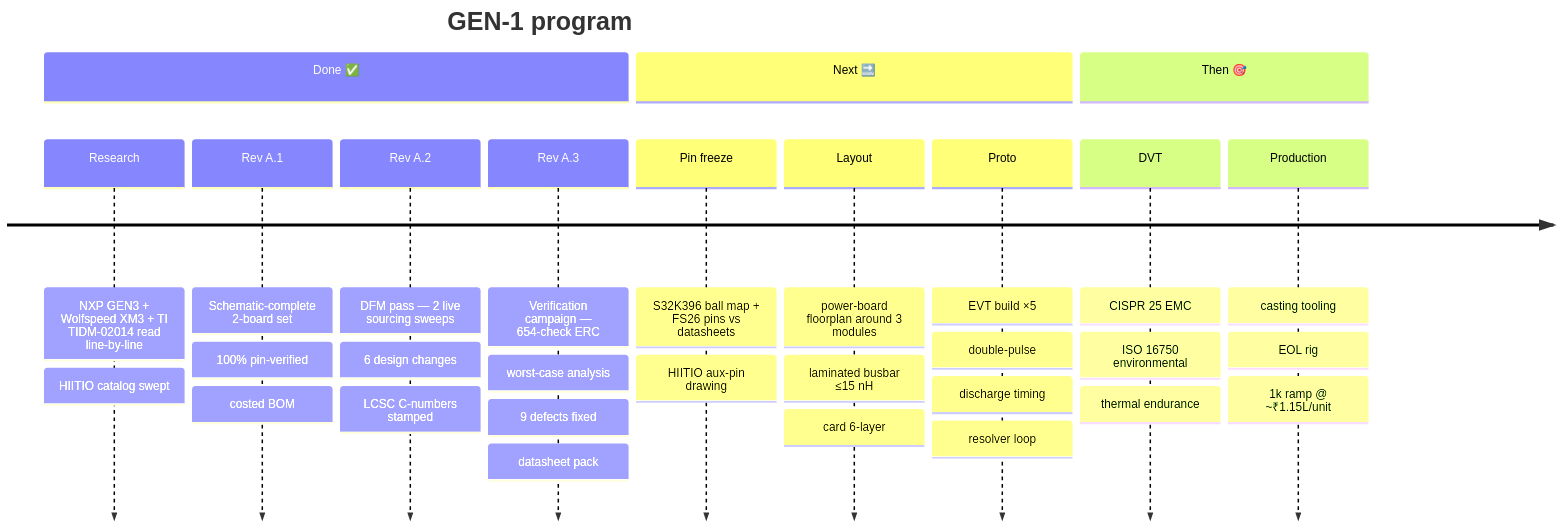
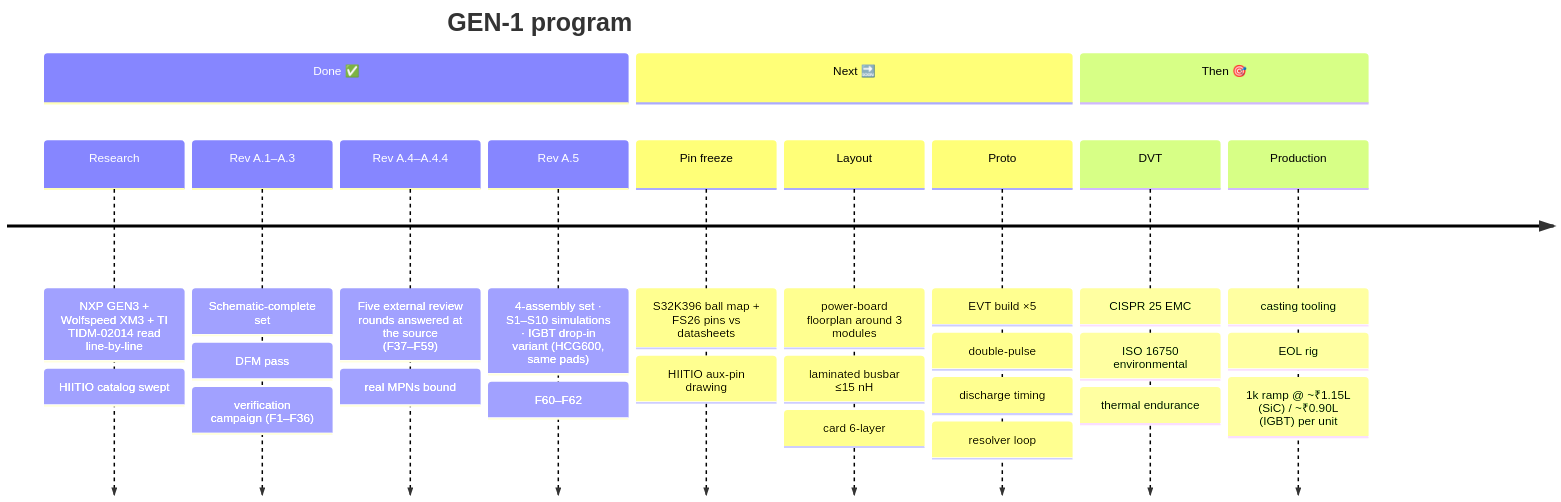
One commit to vectivolt/Traction-Inverter-GEN-1 changed the ninth of 9 diagrams in README.md. Above: the diagram before and after it, drawn with Mermaid. The commit also changed other lines of this file and 8 other files, not shown here.

````diff
--- a/README.md
+++ b/README.md
@@ -587,16 +595,16 @@
 ```mermaid
 timeline
     title GEN-1 program
     section Done ✅
         Research : NXP GEN3 + Wolfspeed XM3 + TI TIDM-02014 read line-by-line : HIITIO catalog swept
-        Rev A.1  : Schematic-complete 2-board set : 100% pin-verified : costed BOM
-        Rev A.2  : DFM pass — 2 live sourcing sweeps : 6 design changes : LCSC C-numbers stamped
-        Rev A.3  : Verification campaign — 654-check ERC : worst-case analysis : 9 defects fixed : datasheet pack
+        Rev A.1–A.3 : Schematic-complete set : DFM pass : verification campaign (F1–F36)
+        Rev A.4–A.4.4 : Five external review rounds answered at the source (F37–F59) : real MPNs bound
+        Rev A.5 : 4-assembly set · S1–S10 simulations · IGBT drop-in variant (HCG600, same pads) : F60–F62
     section Next 🔜
         Pin freeze : S32K396 ball map + FS26 pins vs datasheets : HIITIO aux-pin drawing
         Layout : power-board floorplan around 3 modules : laminated busbar ≤15 nH : card 6-layer
         Proto : EVT build ×5 : double-pulse : discharge timing : resolver loop
     section Then 🎯
         DVT : CISPR 25 EMC : ISO 16750 environmental : thermal endurance
-        Production : casting tooling : EOL rig : 1k ramp @ ~₹1.15L/unit
+        Production : casting tooling : EOL rig : 1k ramp @ ~₹1.15L (SiC) / ~₹0.90L (IGBT) per unit
 ```
````
